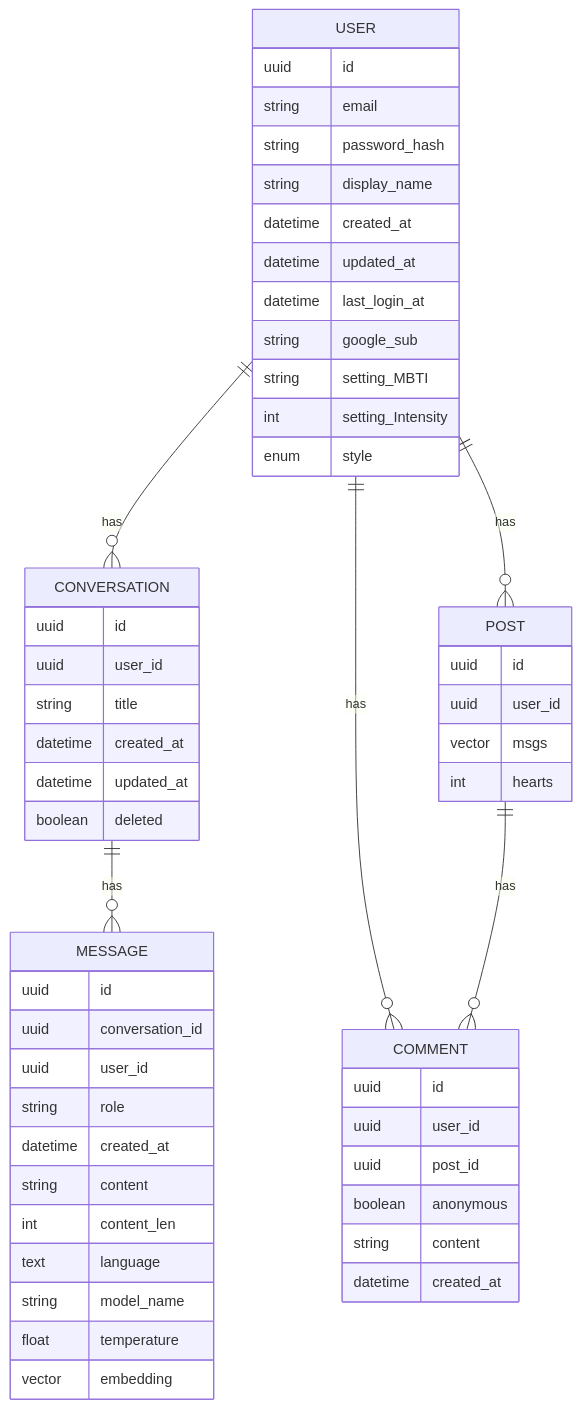
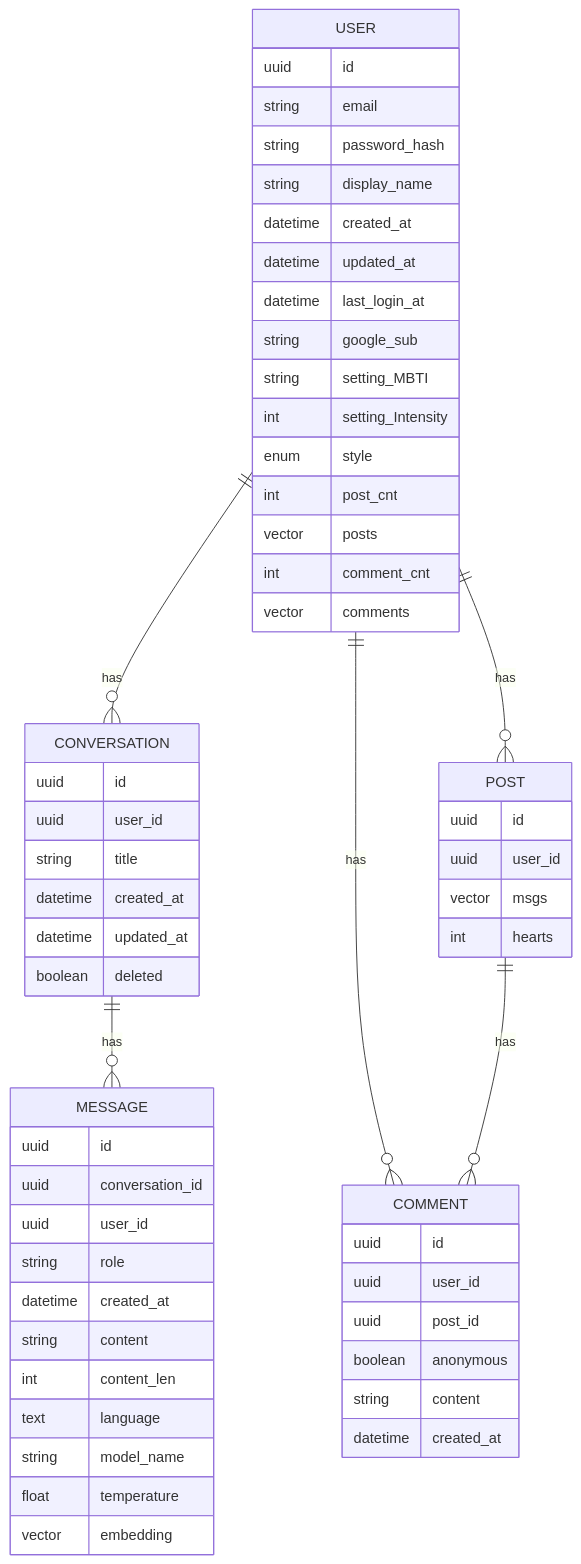
One commit to sjh354/immersion-camp-week2 changed the diagram in README.md. Above: the diagram before and after it, drawn with Mermaid.

Commit message:
USERerd수정

````diff
--- a/README.md
+++ b/README.md
@@ -4,64 +4,68 @@
 ```mermaid
 erDiagram
   USER ||--o{ CONVERSATION : has
   CONVERSATION ||--o{ MESSAGE : has
   USER ||--o{ POST : has
   USER ||--o{ COMMENT : has
   POST ||--o{ COMMENT : has
   
   
   USER {
     uuid id
     string email
     string password_hash
     string display_name
     datetime created_at
     datetime updated_at
     datetime last_login_at
     string google_sub
     string setting_MBTI
     int setting_Intensity
     enum style
+    int post_cnt
+    vector posts
+    int comment_cnt
+    vector comments
   }
 
   CONVERSATION {
     uuid id
     uuid user_id
     string title
     datetime created_at
     datetime updated_at
     boolean deleted
   }
 
   MESSAGE {
     uuid id
     uuid conversation_id
     uuid user_id
     string role
     datetime created_at
 
     string content
 
     int content_len
     text language
     string model_name
     float temperature
     vector embedding
   }
 
   POST {
     uuid id
     uuid user_id
     vector msgs
     int hearts
   }
 
   COMMENT {
     uuid id
     uuid user_id
     uuid post_id
     boolean anonymous
     string content
     datetime created_at
   }
 ```
````
